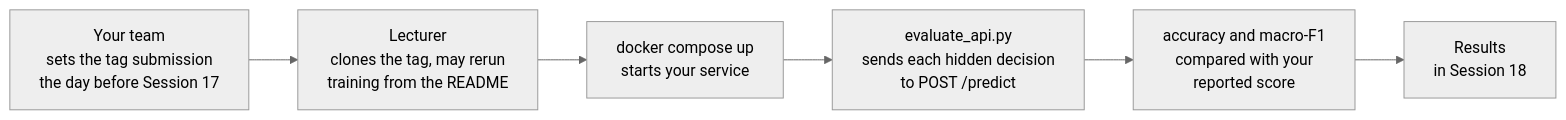
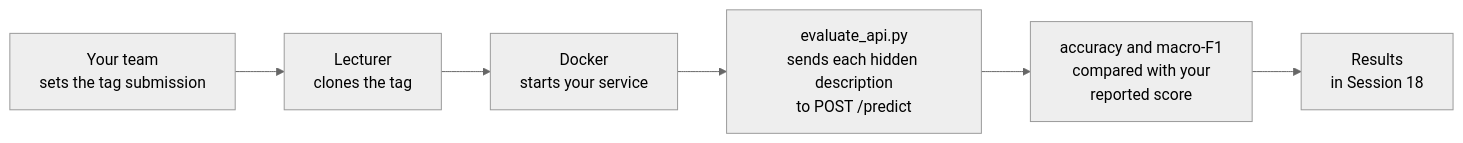
One commit to khoadaniel/statistical-programming-mpmd-htw-ws-2026 changed the second of 2 diagrams in sessions/17-18-final-presentations/final-project.md. Above: the diagram before and after it, drawn with Mermaid (neutral theme). The commit also changed other lines of this file and 15 other files, not shown here.

````diff
--- a/sessions/17-18-final-presentations/final-project.md
+++ b/sessions/17-18-final-presentations/final-project.md
@@ -158,8 +52,8 @@
 ```mermaid
 flowchart LR
-  A["Your team<br/>sets the tag submission<br/>the day before Session 17"] --> B["Lecturer<br/>clones the tag, may rerun<br/>training from the README"]
-  B --> C["docker compose up<br/>starts your service"]
-  C --> D["evaluate_api.py<br/>sends each hidden decision<br/>to POST /predict"]
+  A["Your team<br/>sets the tag submission"] --> B["Lecturer<br/>clones the tag"]
+  B --> C["Docker<br/>starts your service"]
+  C --> D["evaluate_api.py<br/>sends each hidden description<br/>to POST /predict"]
   D --> E["accuracy and macro-F1<br/>compared with your<br/>reported score"]
   E --> F["Results<br/>in Session 18"]
 ```
````
